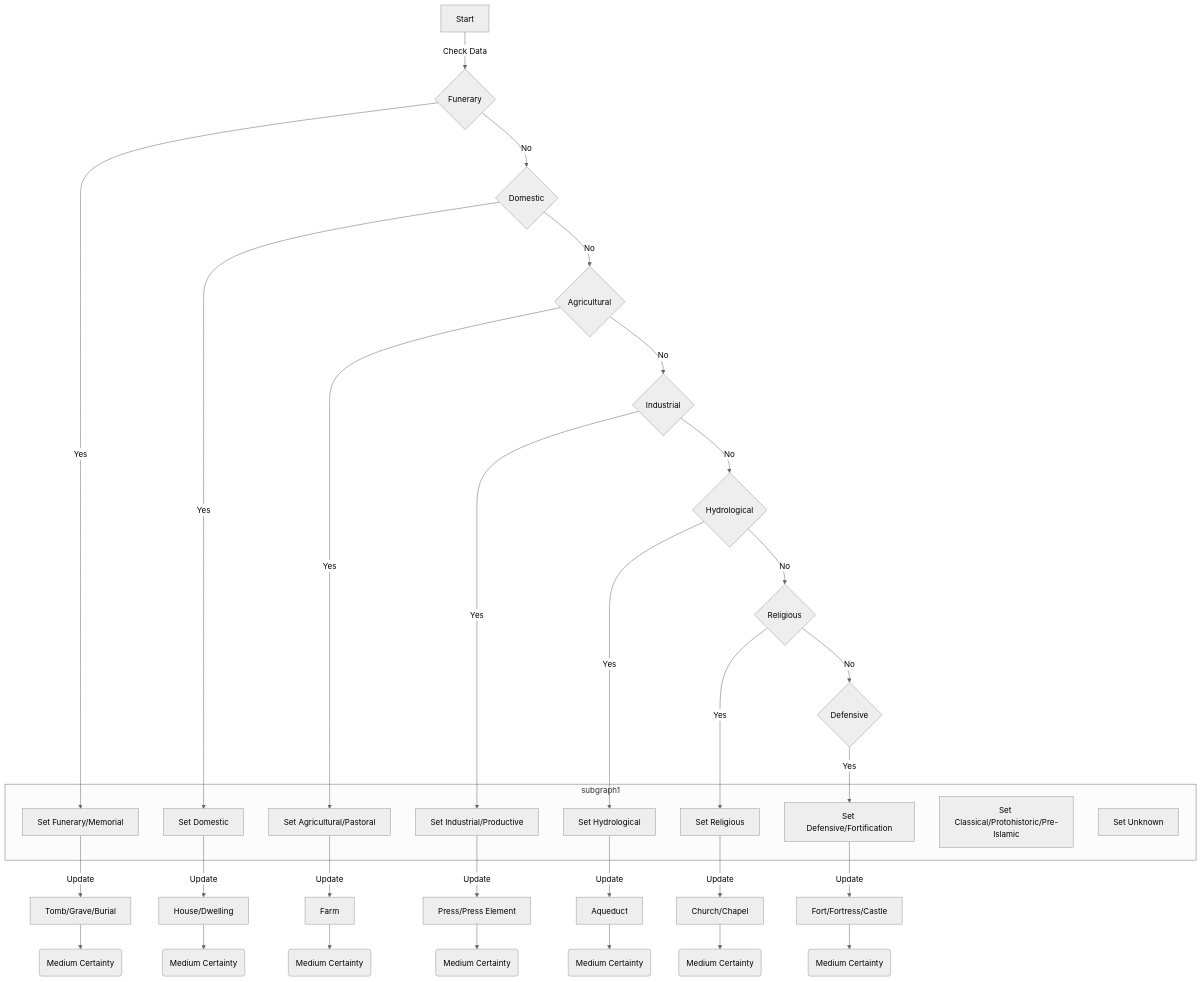
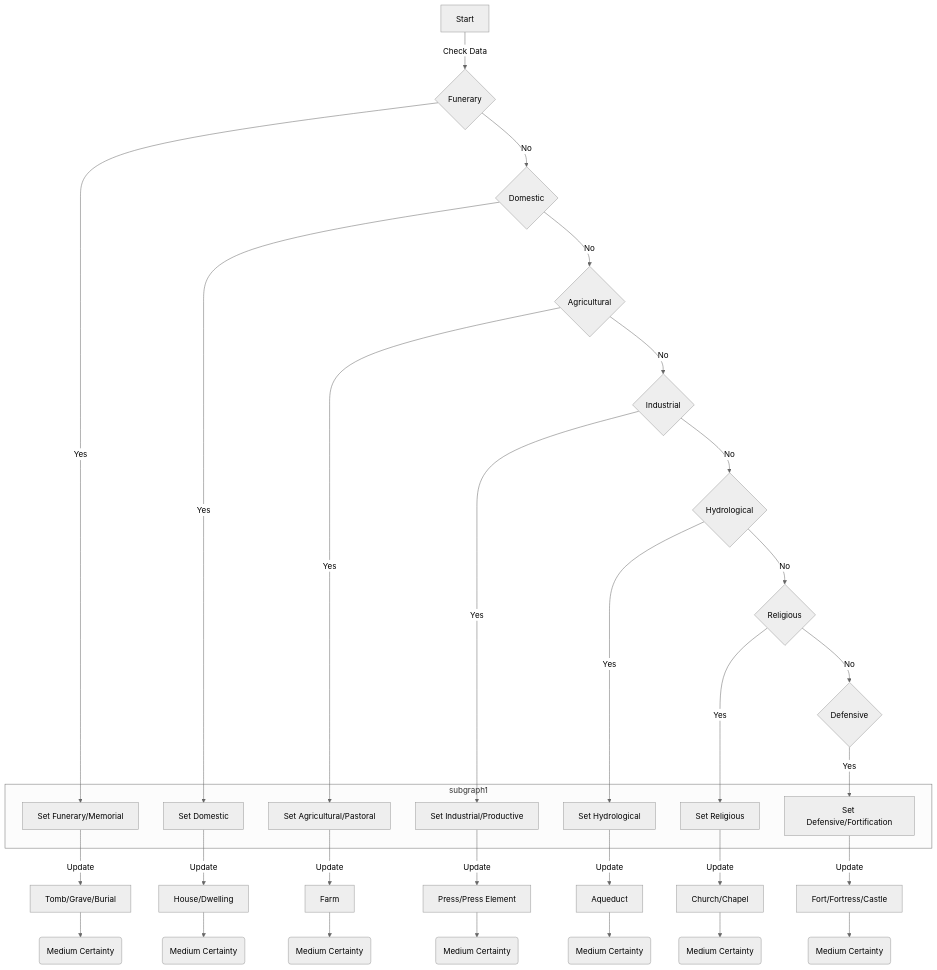
One commit to eamena-project/eamena-arches-dev changed the fourth of 5 diagrams in projects/aaa/temp.md. Above: the diagram before and after it, drawn with Mermaid (neutral theme). The commit also changed other lines of this file, not shown here.

Commit message:
AAA function flow chart

````diff
--- a/projects/aaa/temp.md
+++ b/projects/aaa/temp.md
@@ -128,42 +128,40 @@
 ```mermaid
 graph TD
     A[Start] -->|Check Data| B{Funerary}
     subgraph subgraph1
     C[Set Funerary/Memorial]
     F[Set Domestic]
     I[Set Agricultural/Pastoral]
     L[Set Industrial/Productive]
     O[Set Hydrological]
     R[Set Religious]
     U[Set Defensive/Fortification]
-    X[Set Classical/Protohistoric/Pre-Islamic]
-    AA[Set Unknown]
     end
     B -->|Yes| C
     B -->|No| D{Domestic}
     C -->|Update| E[Tomb/Grave/Burial]
     E --> EZ(Medium Certainty)
     D -->|Yes| F
     D -->|No| G{Agricultural}
     F -->|Update| H[House/Dwelling]
     H --> HZ(Medium Certainty)
     G -->|Yes| I
     G -->|No| J{Industrial}
     I -->|Update| K[Farm]
     K --> KZ(Medium Certainty)
     J -->|Yes| L
     J -->|No| M{Hydrological}
     L -->|Update| N[Press/Press Element]
     N --> NZ(Medium Certainty)
     M -->|Yes| O
     M -->|No| P{Religious}
     O -->|Update| Q[Aqueduct]
     Q --> QZ(Medium Certainty)
     P -->|Yes| R
     P -->|No| S{Defensive}
     R -->|Update| T[Church/Chapel]
     T --> TZ(Medium Certainty)
     S -->|Yes| U
     U -->|Update| W[Fort/Fortress/Castle]
     W --> WZ(Medium Certainty)
 ```
````
